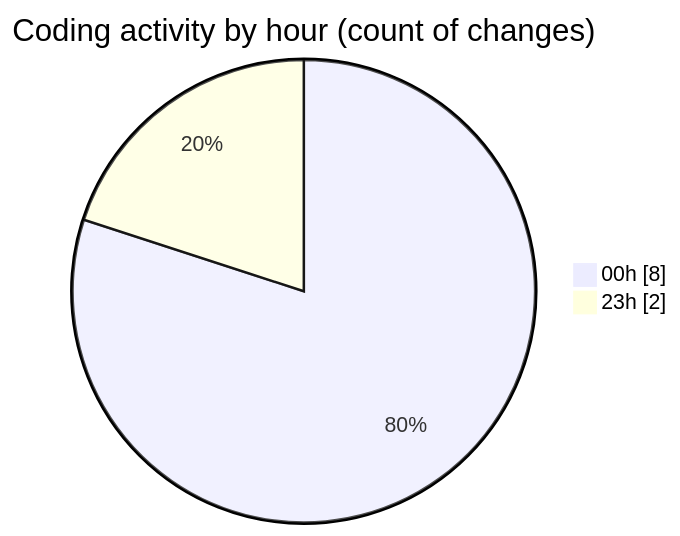
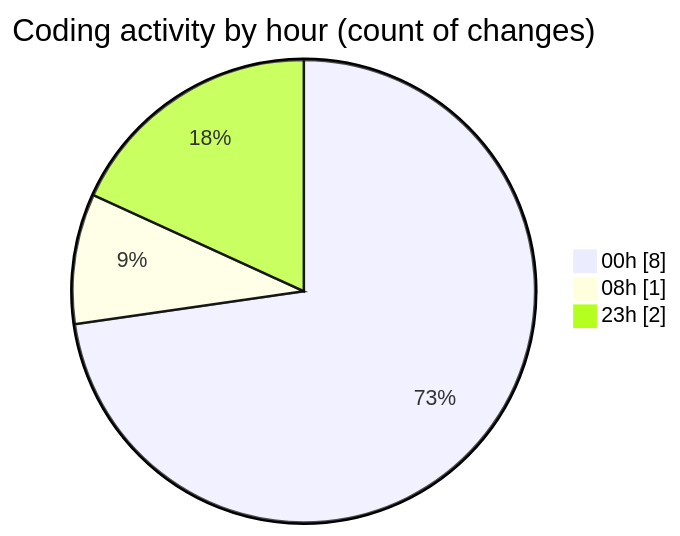
Before and after one commit to EIIisD/code-tracking: the second of 2 diagrams in 2025-08-13/ribbon/README.md, drawn with Mermaid. The commit also changed other lines of this file and 1 other file, not shown here.

````diff
--- a/2025-08-13/ribbon/README.md
+++ b/2025-08-13/ribbon/README.md
@@ -33,6 +34,7 @@
 ```mermaid
 pie showData
 title Coding activity by hour (count of changes)
 "00h" : 8
+"08h" : 1
 "23h" : 2
 ```
````
